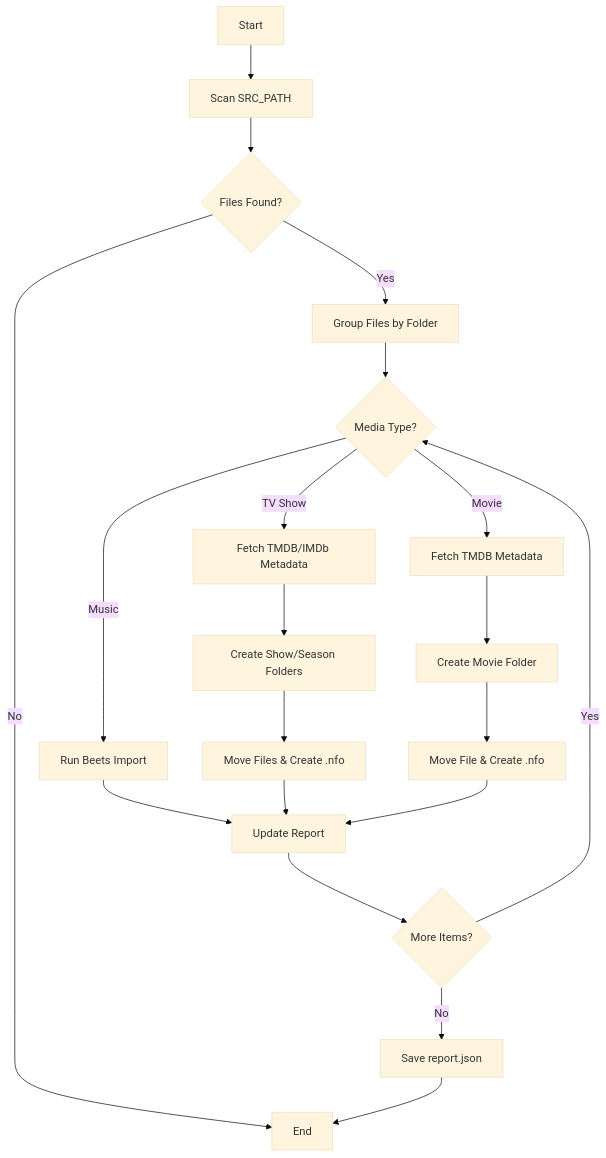
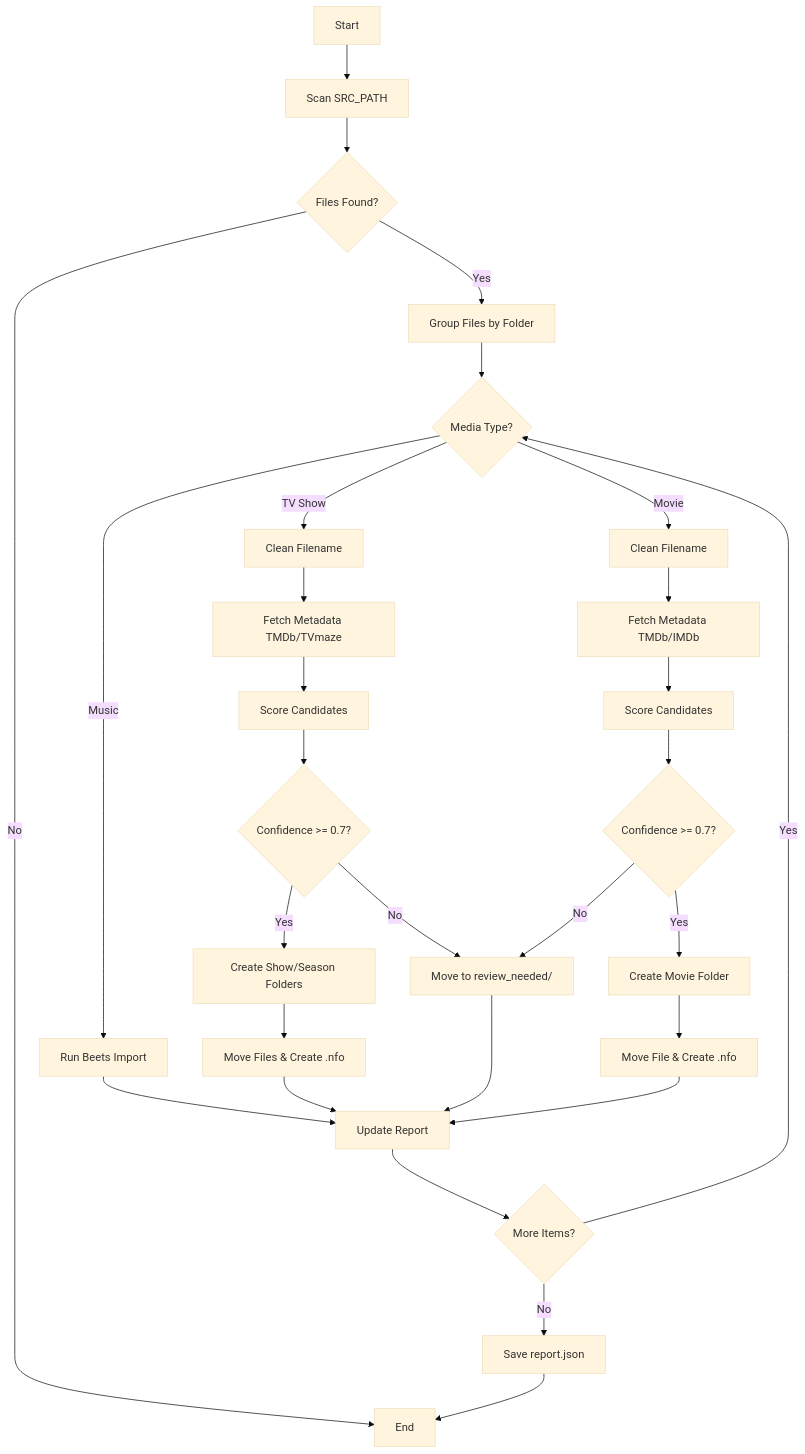
The diagram in fixarr/FLOWCHART.mmd (Alderian/media-server), drawn with Mermaid (base theme) before and after one commit. The commit also changed 30 other files, not shown here.

```diff
--- a/fixarr/FLOWCHART.mmd
+++ b/fixarr/FLOWCHART.mmd
@@ -1,25 +1,34 @@
 graph TD
     A[Start] --> B[Scan SRC_PATH]
     B --> C{Files Found?}
     C -- No --> Z[End]
     C -- Yes --> D[Group Files by Folder]
     
     D --> E{Media Type?}
     
     E -- Music --> F[Run Beets Import]
     F --> L[Update Report]
     
-    E -- TV Show --> G[Fetch TMDB/IMDb Metadata]
-    G --> H[Create Show/Season Folders]
+    E -- TV Show --> G[Clean Filename]
+    G --> G1[Fetch Metadata TMDb/TVmaze]
+    G1 --> G2[Score Candidates]
+    G2 --> G3{Confidence >= 0.7?}
+    G3 -- Yes --> H[Create Show/Season Folders]
+    G3 -- No --> R[Move to review_needed/]
     H --> I[Move Files & Create .nfo]
     I --> L
+    R --> L
     
-    E -- Movie --> J[Fetch TMDB Metadata]
-    J --> K[Create Movie Folder]
+    E -- Movie --> J[Clean Filename]
+    J --> J1[Fetch Metadata TMDb/IMDb]
+    J1 --> J2[Score Candidates]
+    J2 --> J3{Confidence >= 0.7?}
+    J3 -- Yes --> K[Create Movie Folder]
+    J3 -- No --> R
     K --> M[Move File & Create .nfo]
     M --> L
     
     L --> N{More Items?}
     N -- Yes --> E
     N -- No --> O[Save report.json]
     O --> Z
```
